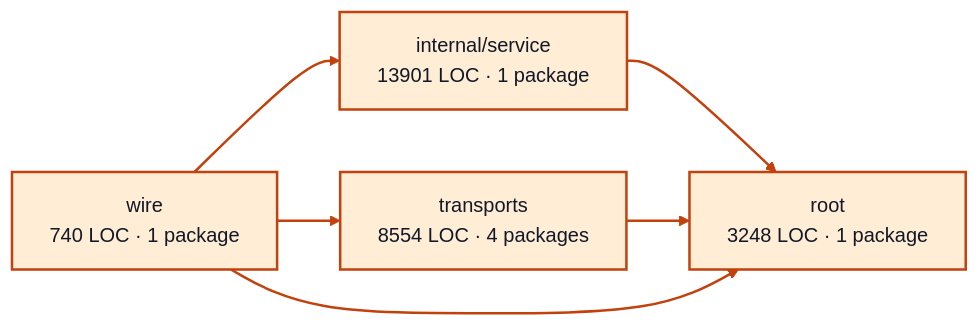
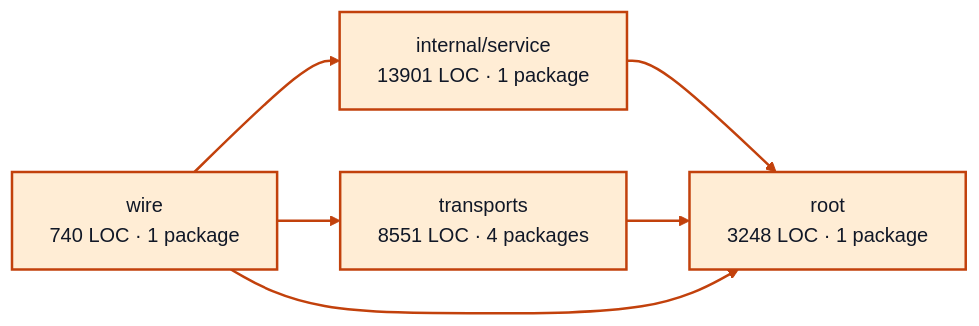
Before and after one commit to portpowered/you-agent-factory: the diagram in docs/architecture/visualizations/services/worker_sessions.md, drawn with Mermaid (base theme). The commit also changed other lines of this file and 20 other files, not shown here.

Commit message:
docs: refresh backend architecture visualizations

````diff
--- a/docs/architecture/visualizations/services/worker_sessions.md
+++ b/docs/architecture/visualizations/services/worker_sessions.md
@@ -11,17 +11,17 @@
 ```mermaid
 flowchart LR
   p0["internal/service<br/>13901 LOC · 1 package"]
   p1["root<br/>3248 LOC · 1 package"]
-  p2["transports<br/>8554 LOC · 4 packages"]
+  p2["transports<br/>8551 LOC · 4 packages"]
   p3["wire<br/>740 LOC · 1 package"]
   p0 --> p1
   p2 --> p1
   p3 --> p0
   p3 --> p1
   p3 --> p2
   style p0 fill:#ffedd5,stroke:#c2410c,stroke-width:2px,color:#111827
   style p1 fill:#ffedd5,stroke:#c2410c,stroke-width:2px,color:#111827
   style p2 fill:#ffedd5,stroke:#c2410c,stroke-width:2px,color:#111827
   style p3 fill:#ffedd5,stroke:#c2410c,stroke-width:2px,color:#111827
   linkStyle default stroke:#c2410c,stroke-width:2px
 ```
````
